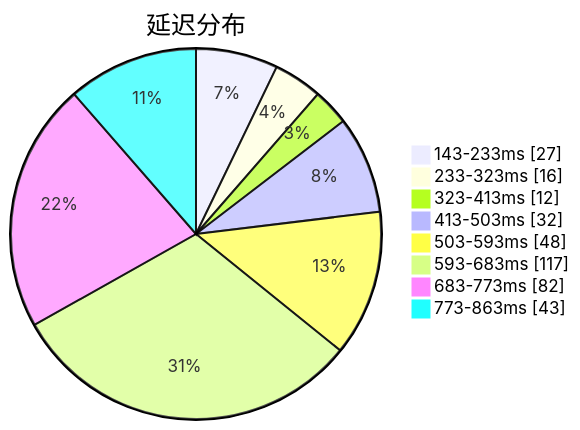
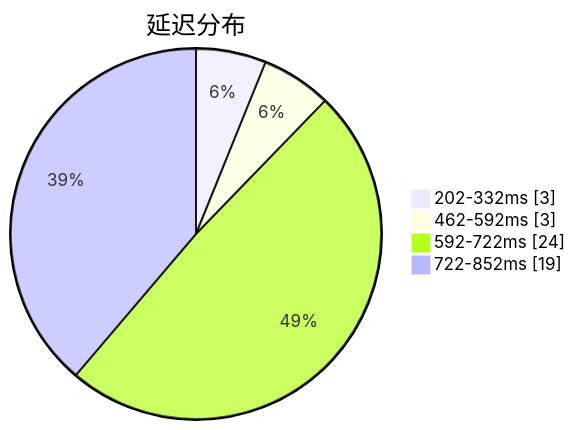
One commit to qjlxg/airport changed the first of 3 diagrams in subs/statistics/tested_within.md. Above: the diagram before and after it, drawn with Mermaid. The commit also changed other lines of this file and 2 other files, not shown here.

Commit message:
Tested by metaST

````diff
--- a/subs/statistics/tested_within.md
+++ b/subs/statistics/tested_within.md
@@ -2,12 +2,8 @@
 ```mermaid
 pie showData
 title 延迟分布
-"143-233ms" : 27
-"233-323ms" : 16
-"323-413ms" : 12
-"413-503ms" : 32
-"503-593ms" : 48
-"593-683ms" : 117
-"683-773ms" : 82
-"773-863ms" : 43
+"202-332ms" : 3
+"462-592ms" : 3
+"592-722ms" : 24
+"722-852ms" : 19
 ```
````
